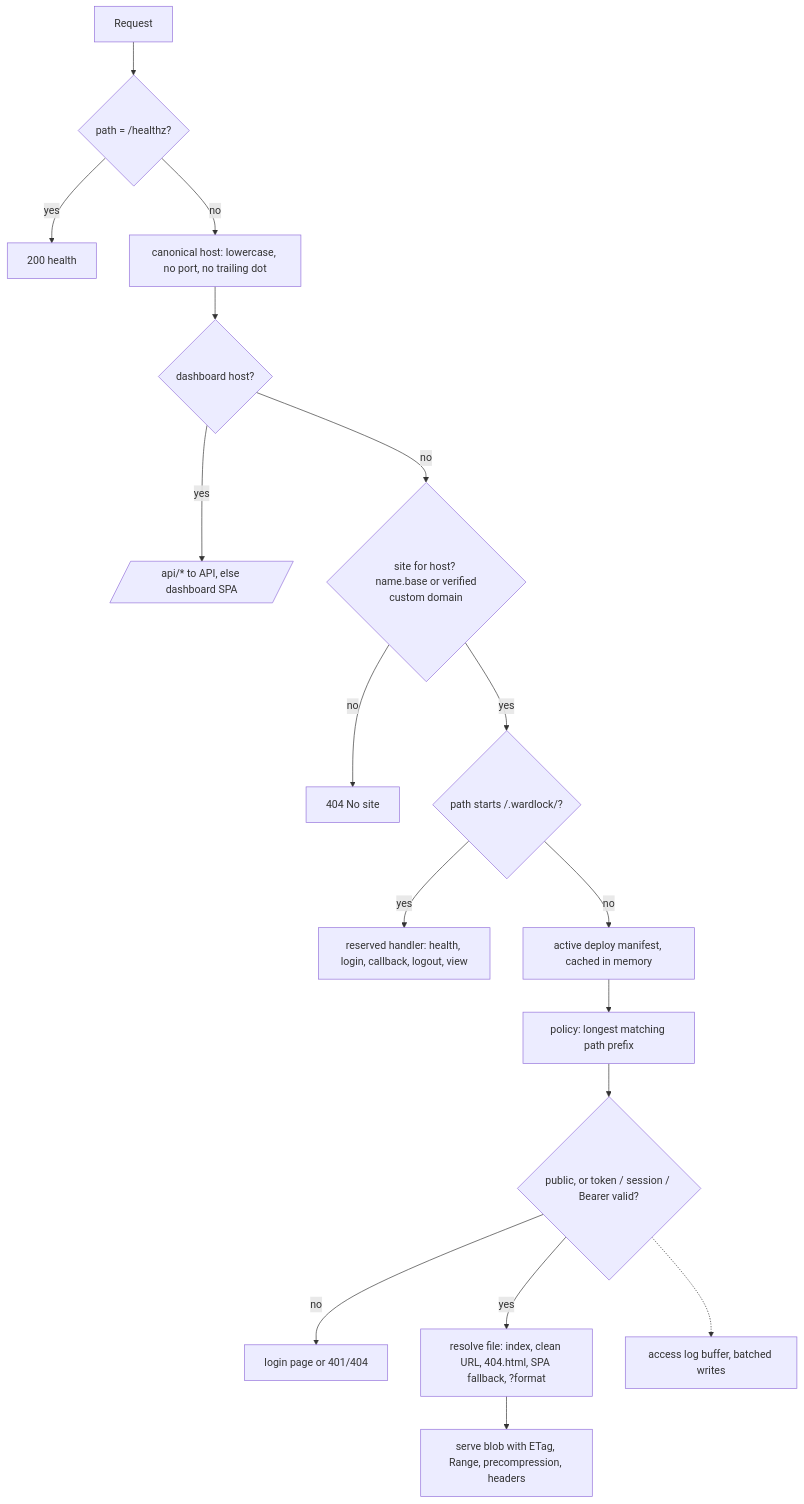
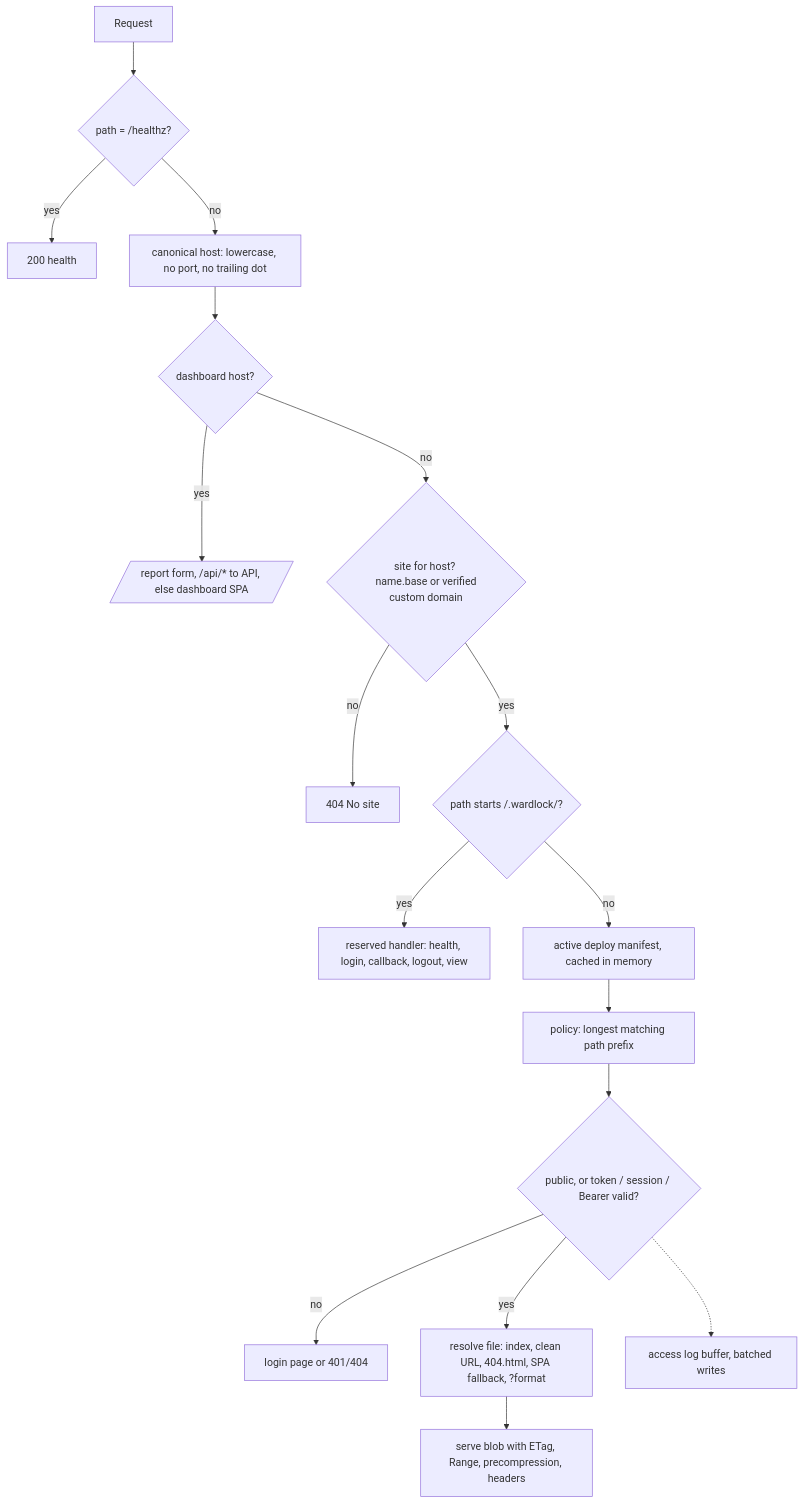
One commit to CubieCode/wardlock changed the second of 6 diagrams in docs/ARCHITECTURE.md. Above: the diagram before and after it, drawn with Mermaid. The commit also changed other lines of this file and 93 other files, not shown here.

````diff
--- a/docs/ARCHITECTURE.md
+++ b/docs/ARCHITECTURE.md
@@ -110,19 +111,19 @@
 ```mermaid
 flowchart TD
   R[Request] --> H{path = /healthz?}
   H -->|yes| OK[200 health]
   H -->|no| N[canonical host: lowercase, no port, no trailing dot]
   N --> DH{dashboard host?}
-  DH -->|yes| DASH[/api/* to API, else dashboard SPA/]
+  DH -->|yes| DASH[/report form, /api/* to API, else dashboard SPA/]
   DH -->|no| S{site for host? <br/> name.base or verified custom domain}
   S -->|no| NF[404 No site]
   S -->|yes| RES{path starts /.wardlock/?}
   RES -->|yes| RP[reserved handler: health, login, callback, logout, view]
   RES -->|no| AD[active deploy manifest, cached in memory]
   AD --> P[policy: longest matching path prefix]
   P --> CHK{public, or token / session / Bearer valid?}
   CHK -->|no| LG[login page or 401/404]
   CHK -->|yes| F[resolve file: index, clean URL, 404.html, SPA fallback, ?format]
   F --> OUT[serve blob with ETag, Range, precompression, headers]
   CHK -.-> LOG[access log buffer, batched writes]
 ```
````
